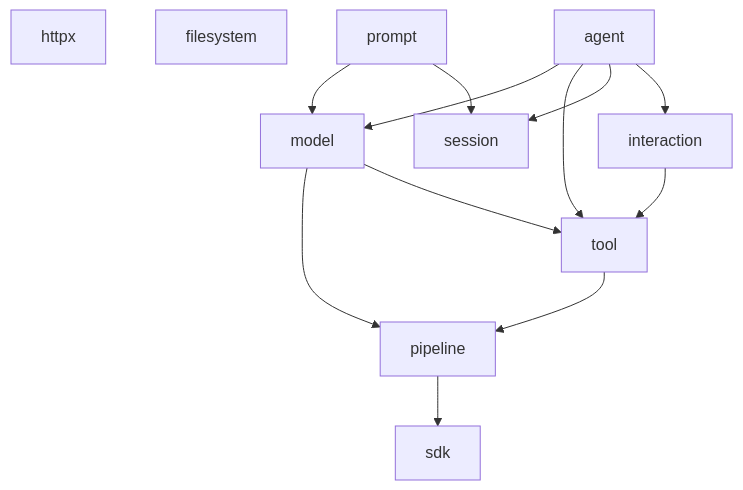
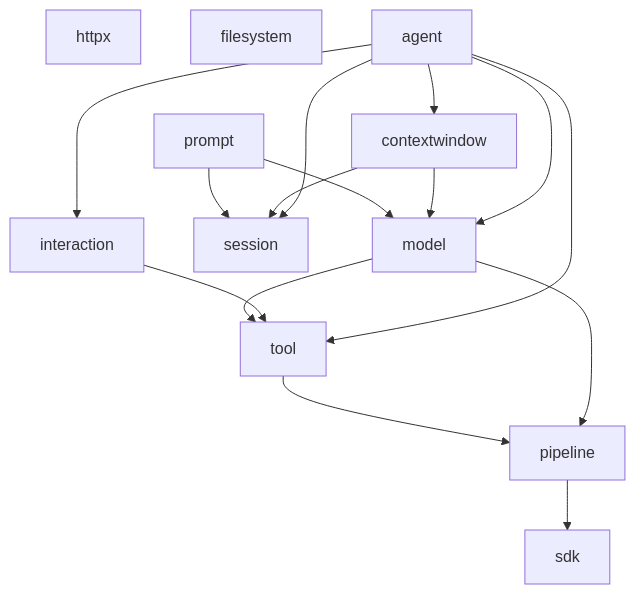
The eighth of 9 diagrams in docs/ingot_SDK_v0.1_设计方案.md (ingot-agent/ingot), drawn with Mermaid before and after one commit. The commit also changed other lines of this file and 5 other files, not shown here.

````diff
--- a/docs/ingot_SDK_v0.1_设计方案.md
+++ b/docs/ingot_SDK_v0.1_设计方案.md
@@ -932,25 +967,29 @@
 ```mermaid
 flowchart TD
     SDK["sdk"]
     Pipeline["pipeline"]
     HTTP["httpx"]
     FS["filesystem"]
     Tool["tool"]
     Model["model"]
     Session["session"]
     Prompt["prompt"]
+    ContextWindow["contextwindow"]
     Interaction["interaction"]
     Agent["agent"]
 
     Pipeline --> SDK
     Tool --> Pipeline
     Model --> Pipeline
     Model --> Tool
     Prompt --> Model
     Prompt --> Session
+    ContextWindow --> Model
+    ContextWindow --> Session
     Interaction --> Tool
     Agent --> Model
     Agent --> Tool
     Agent --> Session
+    Agent --> ContextWindow
     Agent --> Interaction
 ```
````
